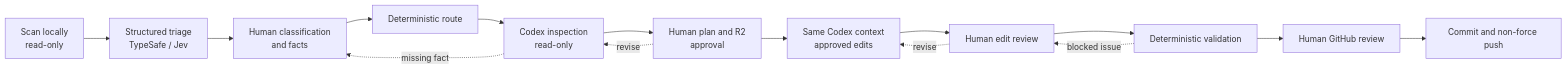
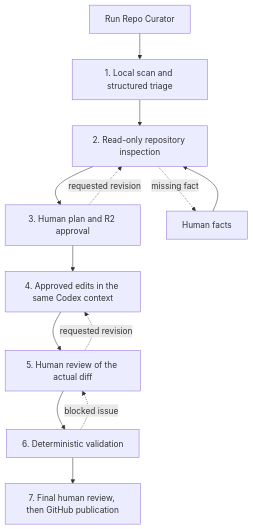
One commit to mhromero/repo-curator changed the diagram in README.md. Above: the diagram before and after it, drawn with Mermaid. The commit also changed other lines of this file and 8 other files, not shown here.

````diff
--- a/README.md
+++ b/README.md
@@ -13,18 +13,16 @@
 ```mermaid
-flowchart LR
-    scan[Scan locally<br/>read-only] --> triage[Structured triage<br/>TypeSafe / Jev]
-    triage --> human[Human classification<br/>and facts]
-    human --> route[Deterministic route]
-    route --> inspect[Codex inspection<br/>read-only]
-    inspect --> plan[Human plan and R2<br/>approval]
-    plan --> edit[Same Codex context<br/>approved edits]
-    edit --> review[Human edit review]
-    review --> validate[Deterministic validation]
-    validate --> final[Human GitHub review]
-    final --> publish[Commit and non-force push]
+flowchart TD
+    start[Run Repo Curator] --> triage[1. Local scan and structured triage]
+    triage --> inspect[2. Read-only repository inspection]
+    inspect --> plan[3. Human plan and R2 approval]
+    plan --> edit[4. Approved edits in the same Codex context]
+    edit --> review[5. Human review of the actual diff]
+    review --> validate[6. Deterministic validation]
+    validate --> publish[7. Final human review, then GitHub publication]
 
-    inspect -. missing fact .-> human
-    plan -. revise .-> inspect
-    review -. revise .-> edit
+    inspect -. missing fact .-> facts[Human facts]
+    facts --> inspect
+    plan -. requested revision .-> inspect
+    review -. requested revision .-> edit
     validate -. blocked issue .-> review
 ```
````
